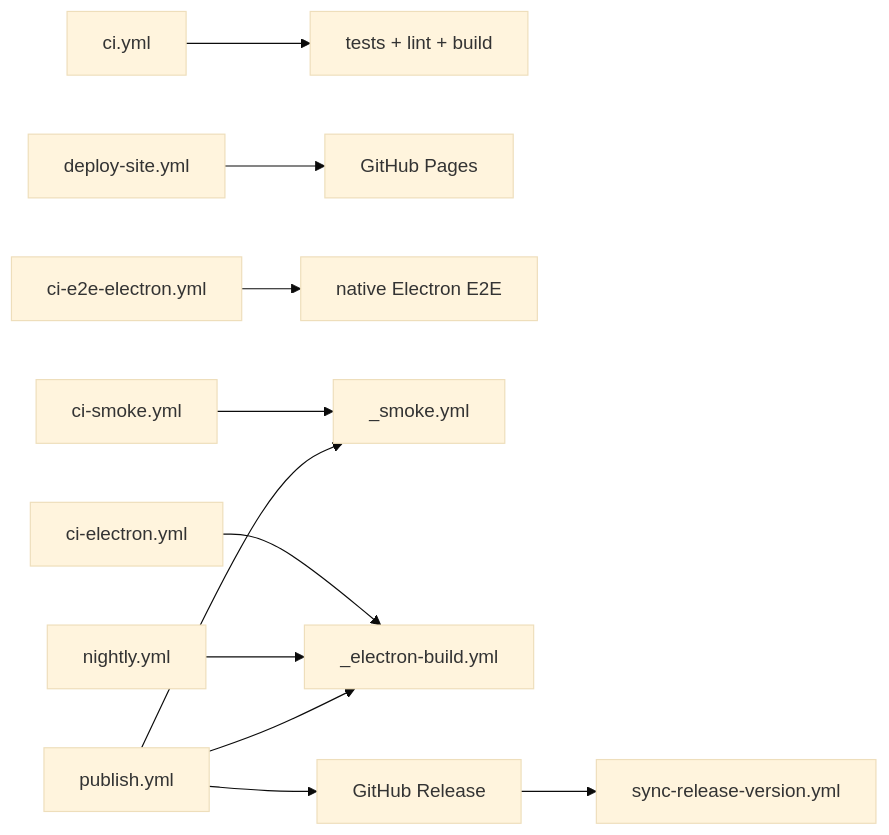
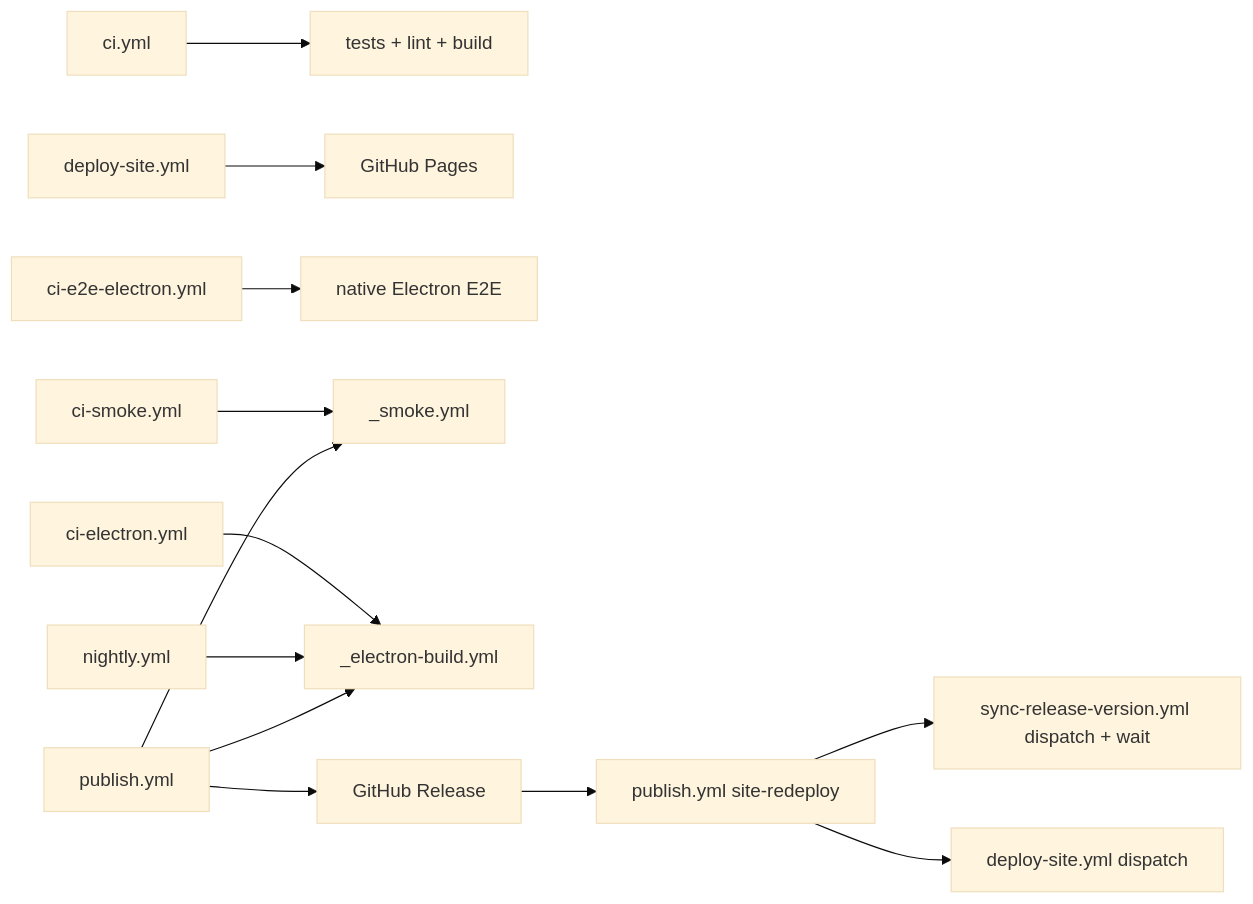
The diagram in .pi/skills/ci-troubleshoot/references/workflow-taxonomy.md (BlackBeltTechnology/pi-agent-dashboard), drawn with Mermaid (base theme) before and after one commit. The commit also changed other lines of this file and 21 other files, not shown here.

First line of the commit message:
feat(ci): restore release-triggered site redeploy; delete dead release path; pin workflow contracts (#581)

````diff
--- a/.pi/skills/ci-troubleshoot/references/workflow-taxonomy.md
+++ b/.pi/skills/ci-troubleshoot/references/workflow-taxonomy.md
@@ -27,13 +27,15 @@
 ```mermaid
 flowchart LR
   ci[ci.yml] --> checks[tests + lint + build]
   deploy[deploy-site.yml] --> pages[GitHub Pages]
   native[ci-e2e-electron.yml] --> nativeTests[native Electron E2E]
   ciSmoke[ci-smoke.yml] --> smoke[_smoke.yml]
   publish[publish.yml] --> smoke
   ciElectron[ci-electron.yml] --> electron[_electron-build.yml]
   nightly[nightly.yml] --> electron
   publish --> electron
   publish --> release[GitHub Release]
-  release --> sync[sync-release-version.yml]
+  release --> siteredeploy[publish.yml site-redeploy]
+  siteredeploy --> sync[sync-release-version.yml dispatch + wait]
+  siteredeploy --> deploydispatch[deploy-site.yml dispatch]
 ```
````
